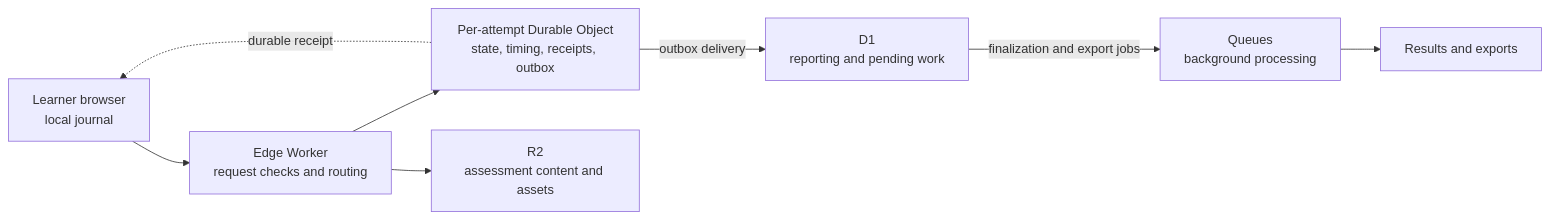
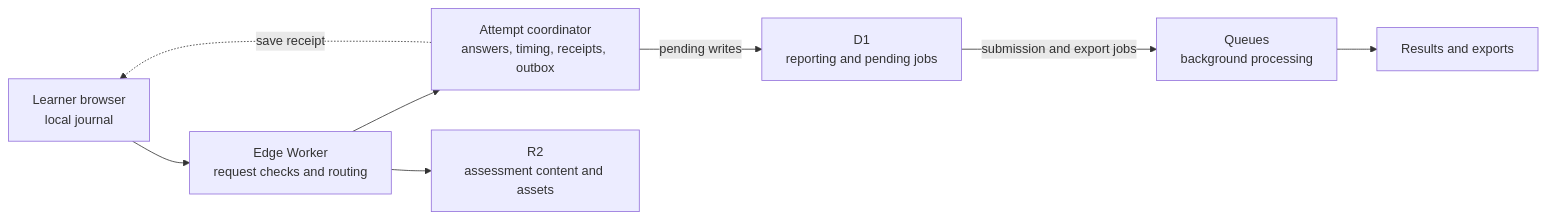
Before and after one commit to QFlowLearn/qflow-deliver: the diagram in README.md, drawn with Mermaid. The commit also changed other lines of this file, not shown here.

Commit message:
Tighten the delivery README with samo-style

````diff
--- a/README.md
+++ b/README.md
@@ -35,10 +35,10 @@
 ```mermaid
 flowchart LR
     Browser["Learner browser<br/>local journal"] --> Worker["Edge Worker<br/>request checks and routing"]
-    Worker --> Attempt["Per-attempt Durable Object<br/>state, timing, receipts, outbox"]
-    Attempt -. "durable receipt" .-> Browser
+    Worker --> Attempt["Attempt coordinator<br/>answers, timing, receipts, outbox"]
+    Attempt -. "save receipt" .-> Browser
     Worker --> Content["R2<br/>assessment content and assets"]
-    Attempt -->|outbox delivery| Data["D1<br/>reporting and pending work"]
-    Data -->|finalization and export jobs| Queue["Queues<br/>background processing"]
+    Attempt -->|pending writes| Data["D1<br/>reporting and pending jobs"]
+    Data -->|submission and export jobs| Queue["Queues<br/>background processing"]
     Queue --> Results["Results and exports"]
 ```
````
